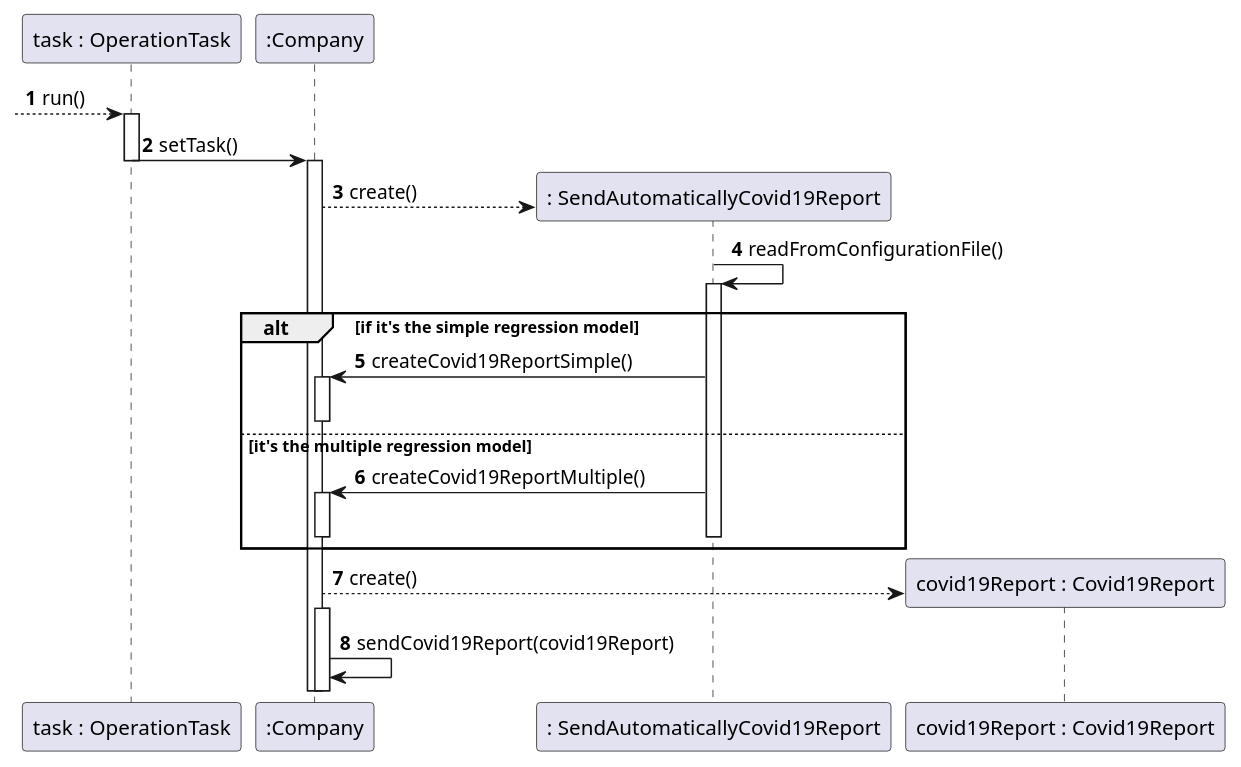
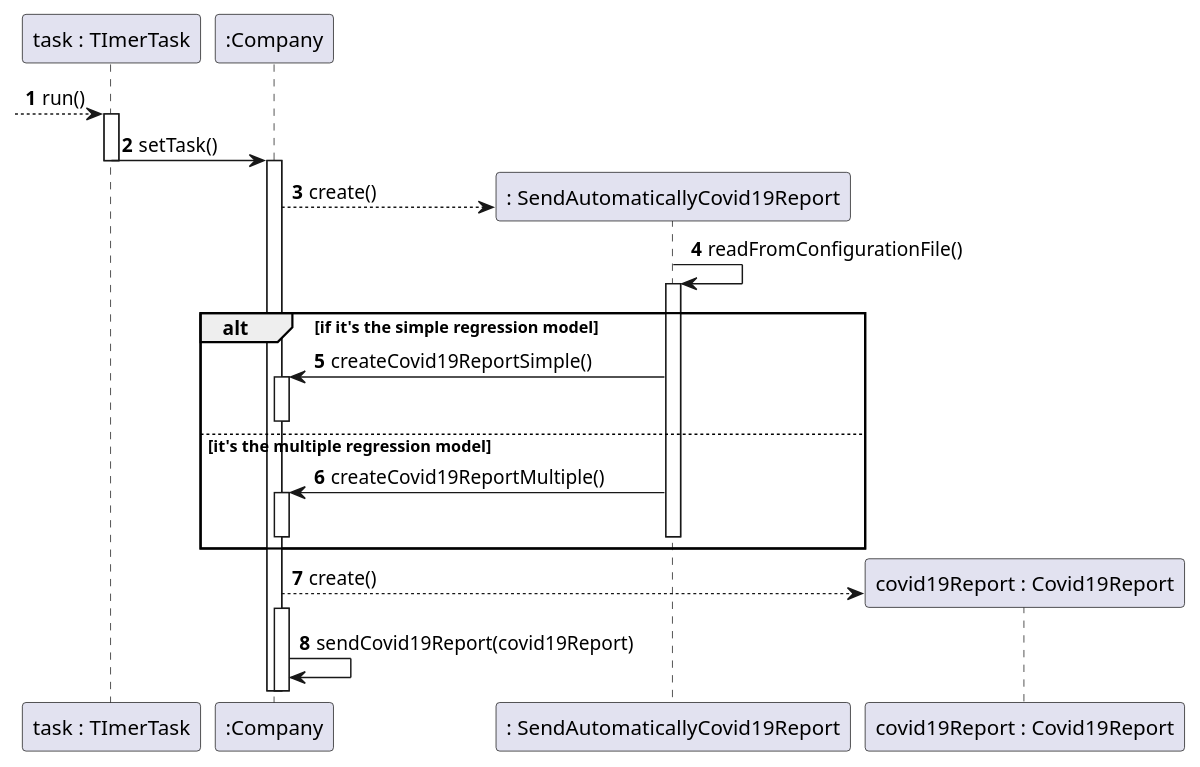
One commit to manu-07-ela/LAPR2_ISEP changed the diagram in docs/SprintD/US19/SD_Run.puml. Above: the diagram before and after it, drawn with PlantUML. The commit also changed 1 other file, not shown here.

```diff
--- a/docs/SprintD/US19/SD_Run.puml
+++ b/docs/SprintD/US19/SD_Run.puml
@@ -1,40 +1,40 @@
 @startuml
 'https://plantuml.com/sequence-diagram
 
 autonumber
 
-participant "task : OperationTask" as Task
+participant "task : TImerTask" as Task
 participant ":Company" as Comp
 
 
 --> Task : run()
 activate Task
 
 Task -> Comp : setTask()
 deactivate Task
 activate Comp
 Comp --> ": SendAutomaticallyCovid19Report"** : create()
 
 
 ": SendAutomaticallyCovid19Report"->": SendAutomaticallyCovid19Report" : readFromConfigurationFile()
 activate ": SendAutomaticallyCovid19Report"
 alt if it's the simple regression model
 ": SendAutomaticallyCovid19Report"->Comp : createCovid19ReportSimple()
 activate Comp
 deactivate Comp
 else it's the multiple regression model
 ": SendAutomaticallyCovid19Report"->Comp : createCovid19ReportMultiple()
 activate Comp
 deactivate Comp
 deactivate ": SendAutomaticallyCovid19Report"
 end
 
 
 Comp-->"covid19Report : Covid19Report"** : create()
 activate Comp
 deactivate Comp
 Comp->Comp : sendCovid19Report(covid19Report)
 
 deactivate Task
 
 @enduml
```
